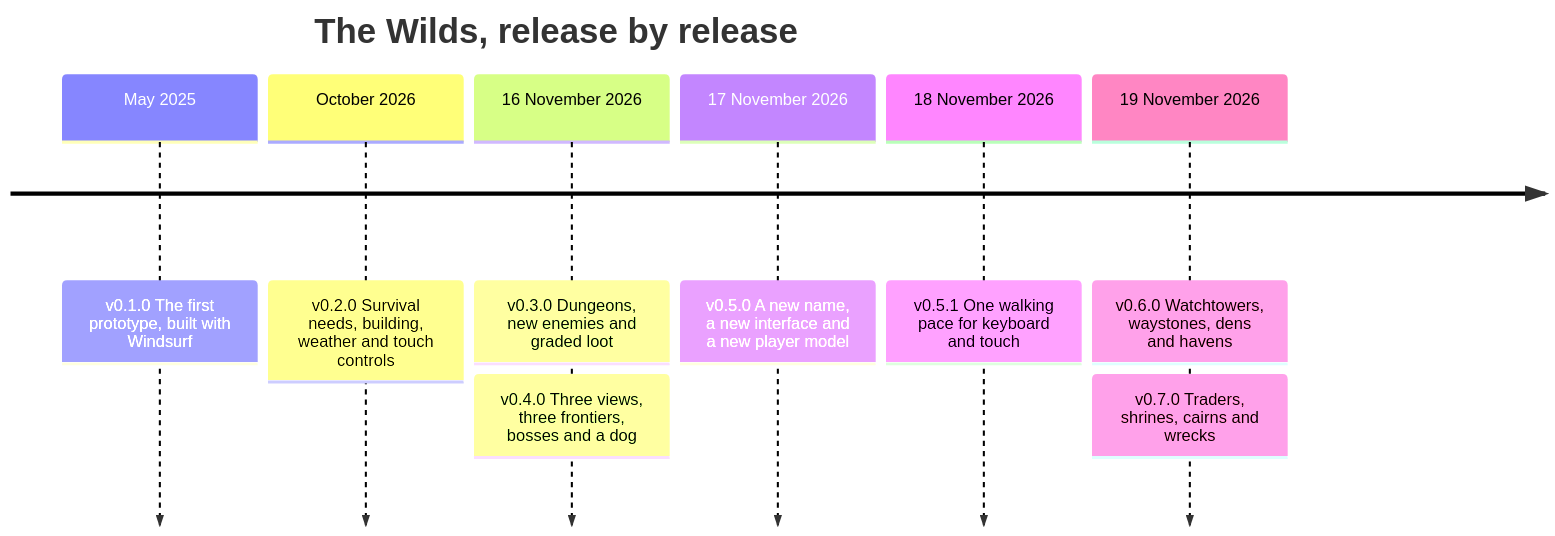
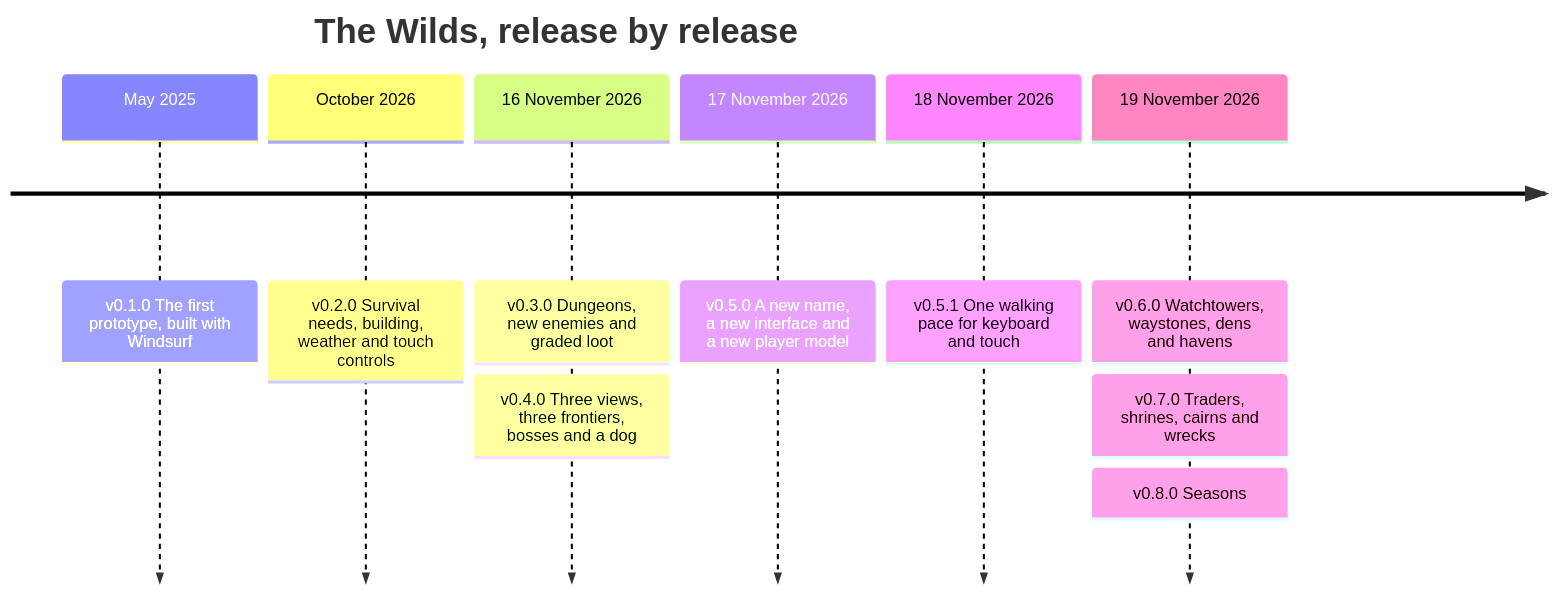
Before and after one commit to CptNope/Survival-Game: the fifth of 5 diagrams in README.md, drawn with Mermaid. The commit also changed other lines of this file and 24 other files, not shown here.

````diff
--- a/README.md
+++ b/README.md
@@ -482,12 +509,13 @@
 ```mermaid
 timeline
     title The Wilds, release by release
     May 2025 : v0.1.0 The first prototype, built with Windsurf
     October 2026 : v0.2.0 Survival needs, building, weather and touch controls
     16 November 2026 : v0.3.0 Dungeons, new enemies and graded loot
                      : v0.4.0 Three views, three frontiers, bosses and a dog
     17 November 2026 : v0.5.0 A new name, a new interface and a new player model
     18 November 2026 : v0.5.1 One walking pace for keyboard and touch
     19 November 2026 : v0.6.0 Watchtowers, waystones, dens and havens
                      : v0.7.0 Traders, shrines, cairns and wrecks
+                     : v0.8.0 Seasons
 ```
````
